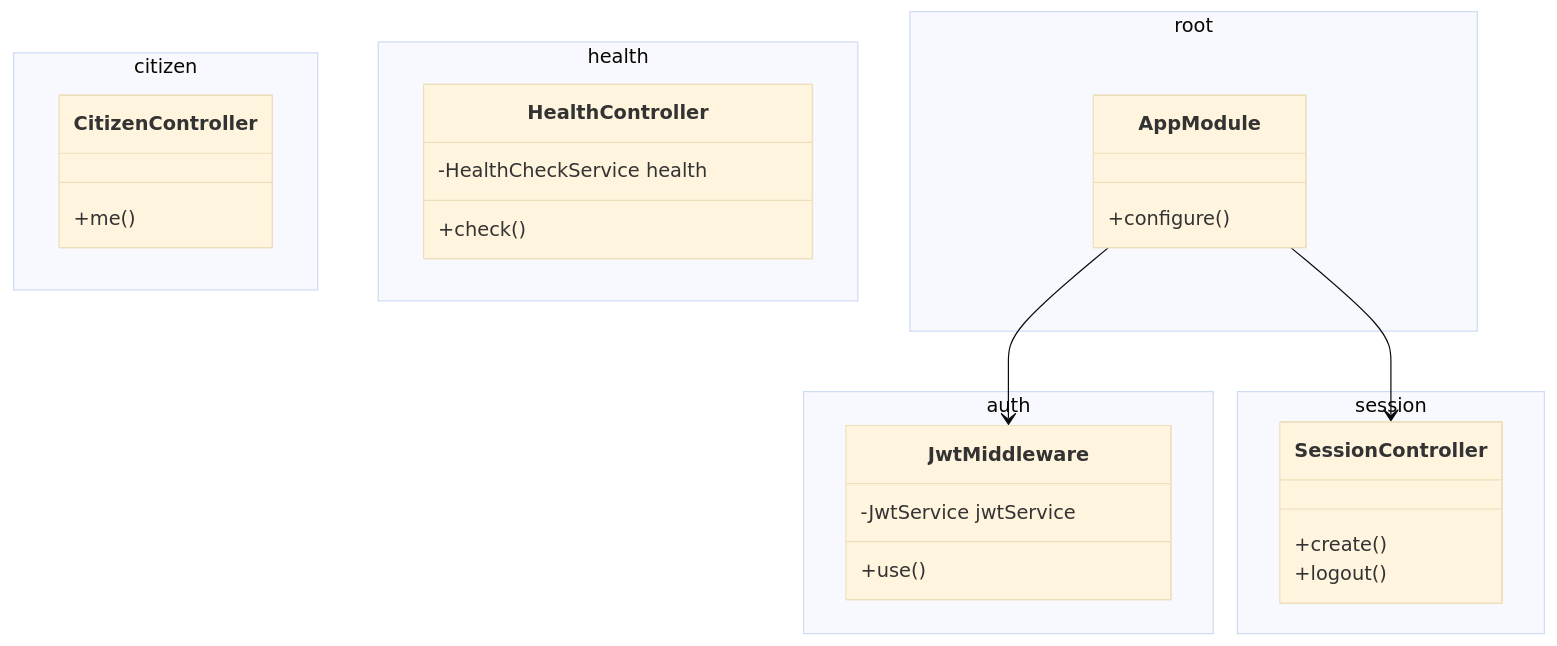
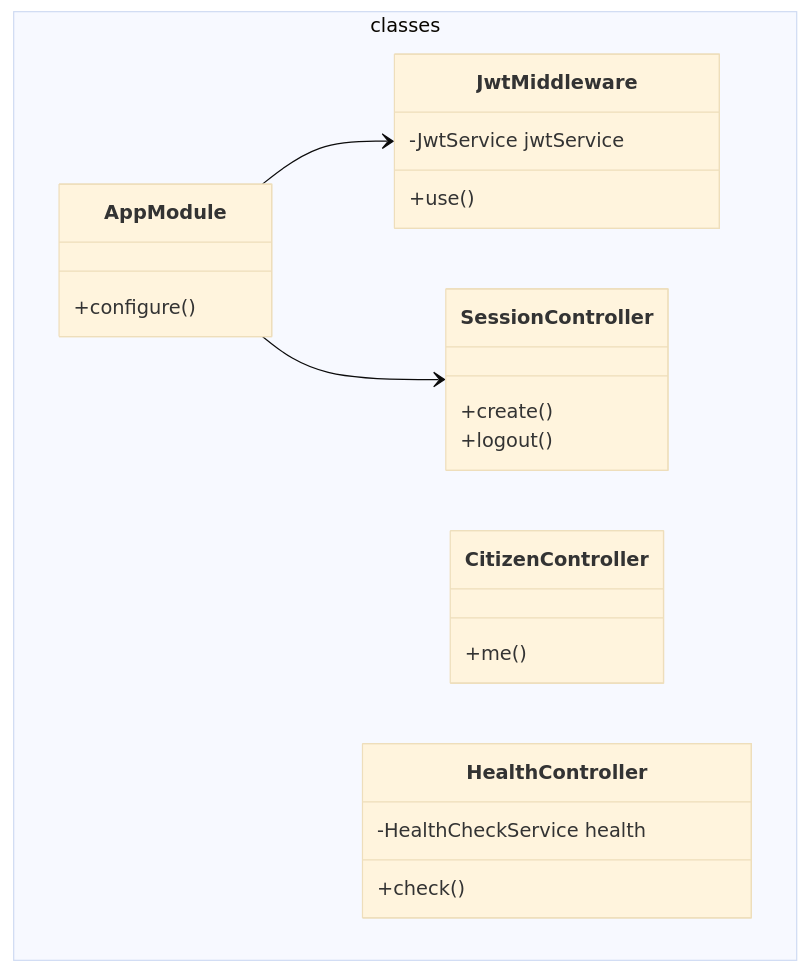
One commit to pslotinsky/decay-of-magic changed the diagram in realms/gateway/README.md. Above: the diagram before and after it, drawn with Mermaid (base theme). The commit also changed other lines of this file and 38 other files, not shown here.

````diff
--- a/realms/gateway/README.md
+++ b/realms/gateway/README.md
@@ -8,34 +10,26 @@
 ```mermaid
 classDiagram
-  namespace auth {
+  namespace classes {
+    class AppModule {
+      +configure()
+    }
     class JwtMiddleware {
       -JwtService jwtService
       +use()
     }
-  }
-  namespace citizen {
     class CitizenController {
       +me()
     }
-  }
-  namespace health {
     class HealthController {
       -HealthCheckService health
       +check()
     }
-  }
-  namespace session {
     class SessionController {
       +create()
       +logout()
-    }
-  }
-  namespace root {
-    class AppModule {
-      +configure()
     }
   }
 
   AppModule --> JwtMiddleware
   AppModule --> SessionController
 ```
````
